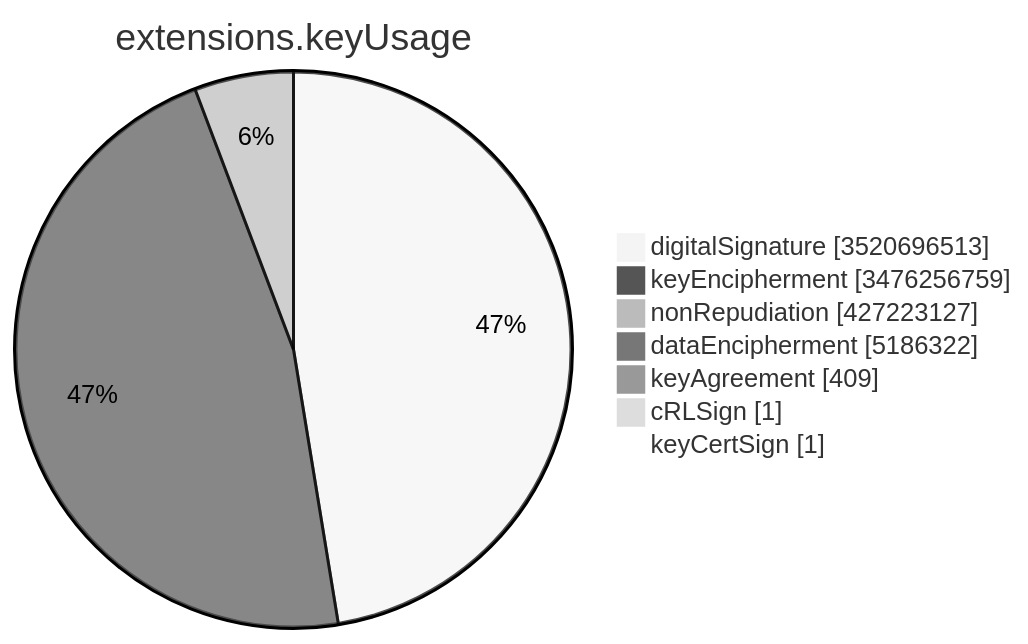
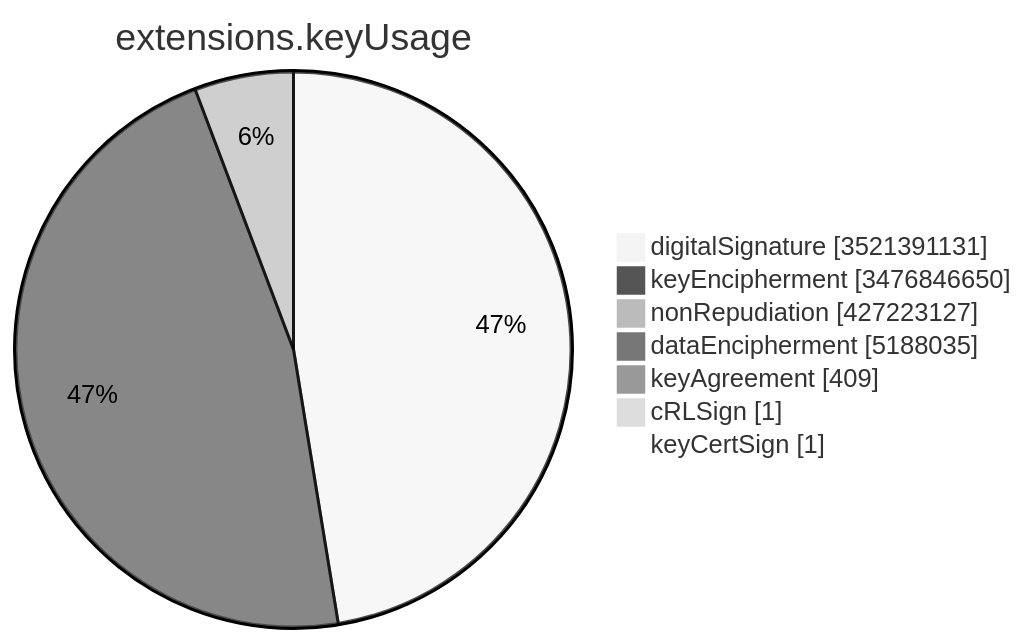
Before and after one commit to christiankrug/ctmonitor_visualization: the sixth of 15 diagrams in TOTAL/README.md, drawn with Mermaid (neutral theme). The commit also changed other lines of this file, not shown here.

````diff
--- a/TOTAL/README.md
+++ b/TOTAL/README.md
@@ -3083,11 +3083,11 @@
 ```mermaid
 pie showData
 title extensions.keyUsage
-"digitalSignature" :3520696513
-"keyEncipherment" :3476256759
+"digitalSignature" :3521391131
+"keyEncipherment" :3476846650
 "nonRepudiation" :427223127
-"dataEncipherment" :5186322
+"dataEncipherment" :5188035
 "keyAgreement" :409
 "cRLSign" :1
 "keyCertSign" :1
 ```
````
